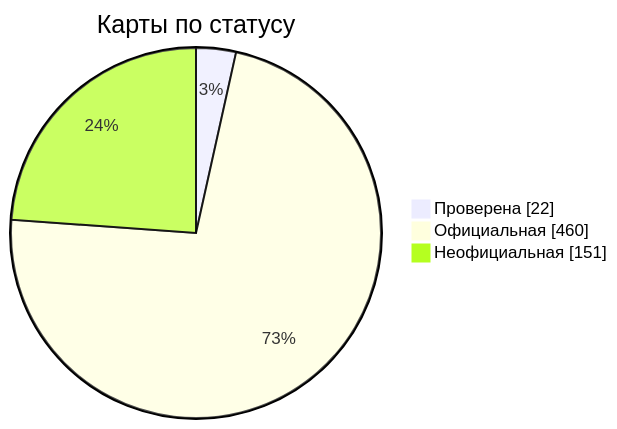
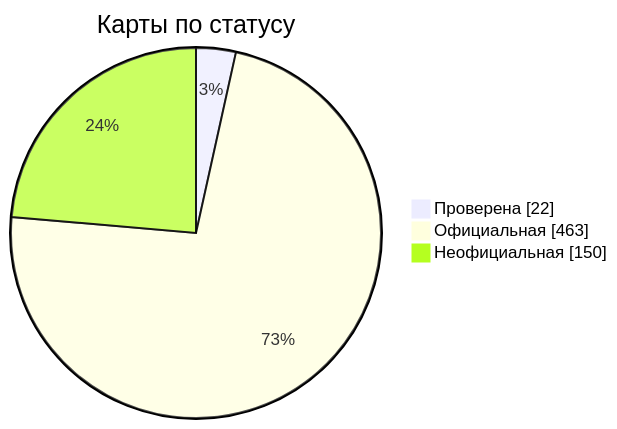
Before and after one commit to nobrega8/mbmap-library: the diagram in docs/readme/README_RU.md, drawn with Mermaid. The commit also changed 4 other files, not shown here.

````diff
--- a/docs/readme/README_RU.md
+++ b/docs/readme/README_RU.md
@@ -54,7 +54,7 @@
 ```mermaid
 pie showData
     title Карты по статусу
     "Проверена" : 22
-    "Официальная" : 460
-    "Неофициальная" : 151
+    "Официальная" : 463
+    "Неофициальная" : 150
 ```
````
